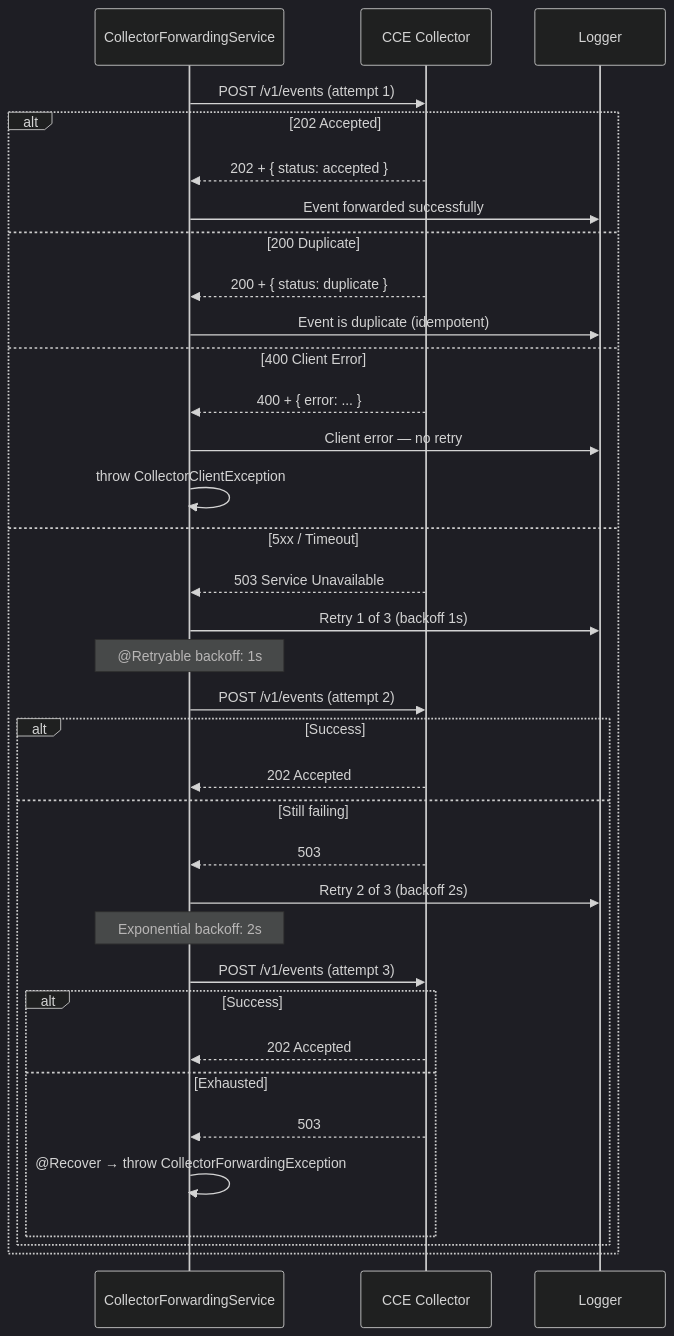
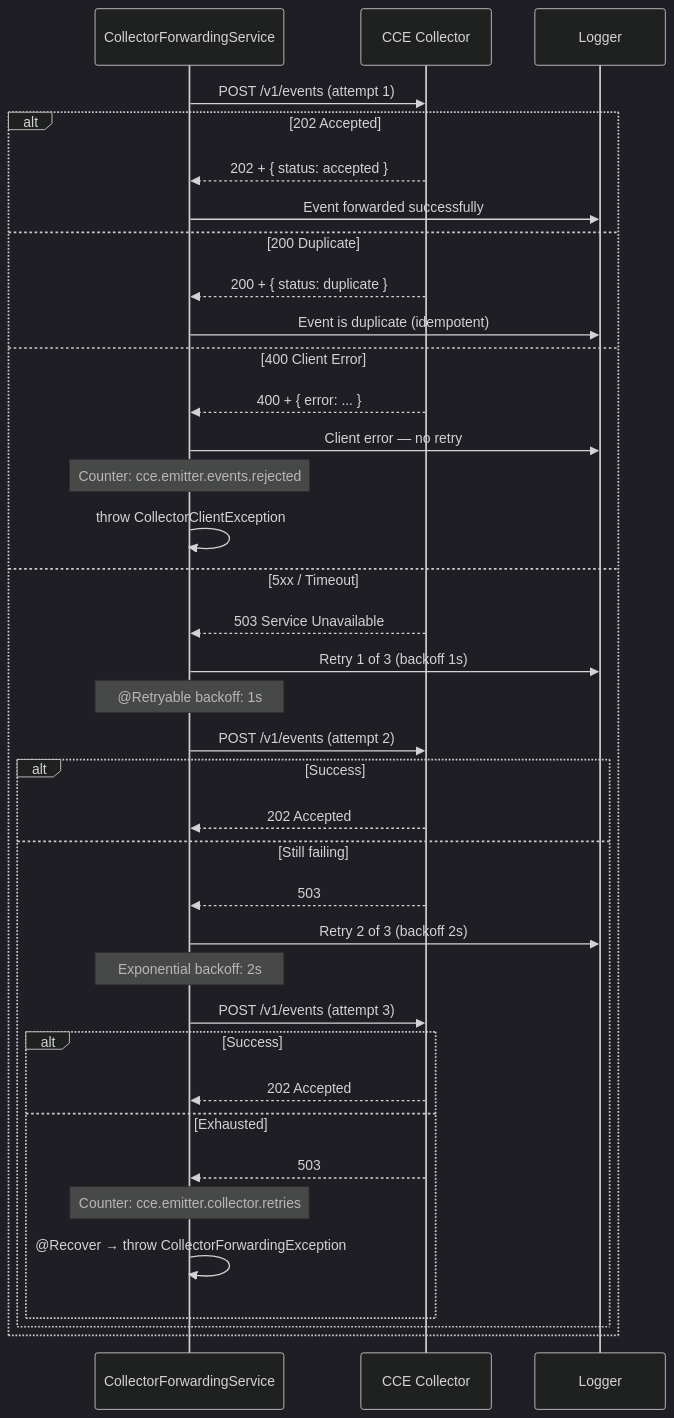
Before and after one commit to Jayaprakash8887/openhim-cce-emitter-adaptor: the fourth of 8 diagrams in docs/flow-diagrams.md, drawn with Mermaid (dark theme). The commit also changed other lines of this file and 21 other files, not shown here.

````diff
--- a/docs/flow-diagrams.md
+++ b/docs/flow-diagrams.md
@@ -113,45 +119,47 @@
 ```mermaid
 sequenceDiagram
     participant Fwd as CollectorForwardingService
     participant Col as CCE Collector
     participant Log as Logger
 
     Fwd->>Col: POST /v1/events (attempt 1)
 
     alt 202 Accepted
         Col-->>Fwd: 202 + { status: accepted }
         Fwd->>Log: Event forwarded successfully
     else 200 Duplicate
         Col-->>Fwd: 200 + { status: duplicate }
         Fwd->>Log: Event is duplicate (idempotent)
     else 400 Client Error
         Col-->>Fwd: 400 + { error: ... }
         Fwd->>Log: Client error — no retry
+        Note over Fwd: Counter: cce.emitter.events.rejected
         Fwd->>Fwd: throw CollectorClientException
     else 5xx / Timeout
         Col-->>Fwd: 503 Service Unavailable
         Fwd->>Log: Retry 1 of 3 (backoff 1s)
 
         Note over Fwd: @Retryable backoff: 1s
 
         Fwd->>Col: POST /v1/events (attempt 2)
 
         alt Success
             Col-->>Fwd: 202 Accepted
         else Still failing
             Col-->>Fwd: 503
             Fwd->>Log: Retry 2 of 3 (backoff 2s)
 
             Note over Fwd: Exponential backoff: 2s
 
             Fwd->>Col: POST /v1/events (attempt 3)
 
             alt Success
                 Col-->>Fwd: 202 Accepted
             else Exhausted
                 Col-->>Fwd: 503
+                Note over Fwd: Counter: cce.emitter.collector.retries
                 Fwd->>Fwd: @Recover → throw CollectorForwardingException
             end
         end
     end
 ```
````
